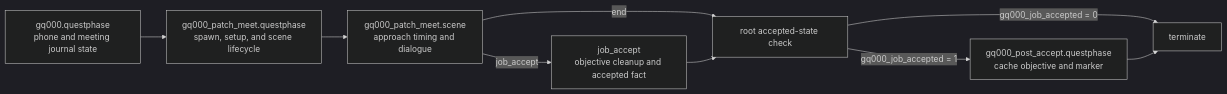
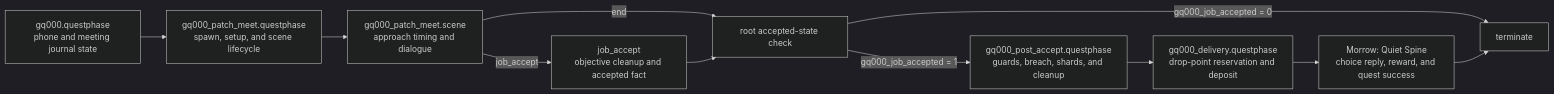
One commit to hlky/Ghostline changed the diagram in docs/quest-scene-flow.md. Above: the diagram before and after it, drawn with Mermaid (dark theme). The commit also changed other lines of this file and 60 other files, not shown here.

````diff
--- a/docs/quest-scene-flow.md
+++ b/docs/quest-scene-flow.md
@@ -45,19 +47,23 @@
 ```mermaid
 flowchart LR
     Root["gq000.questphase<br/>phone and meeting journal state"]
     Meet["gq000_patch_meet.questphase<br/>spawn, setup, and scene lifecycle"]
     Scene["gq000_patch_meet.scene<br/>approach timing and dialogue"]
     Accept["job_accept<br/>objective cleanup and accepted fact"]
     Gate["root accepted-state check"]
-    Post["gq000_post_accept.questphase<br/>cache objective and marker"]
+    Post["gq000_post_accept.questphase<br/>guards, breach, shards, and cleanup"]
+    Delivery["gq000_delivery.questphase<br/>drop-point reservation and deposit"]
+    Morrow["Morrow: Quiet Spine<br/>choice reply, reward, and quest success"]
     End["terminate"]
 
     Root --> Meet
     Meet --> Scene
     Scene -->|job_accept| Accept
     Scene -->|end| Gate
     Accept --> Gate
     Gate -->|gq000_job_accepted = 1| Post
     Gate -->|gq000_job_accepted = 0| End
-    Post --> End
+    Post --> Delivery
+    Delivery --> Morrow
+    Morrow --> End
 ```
````
